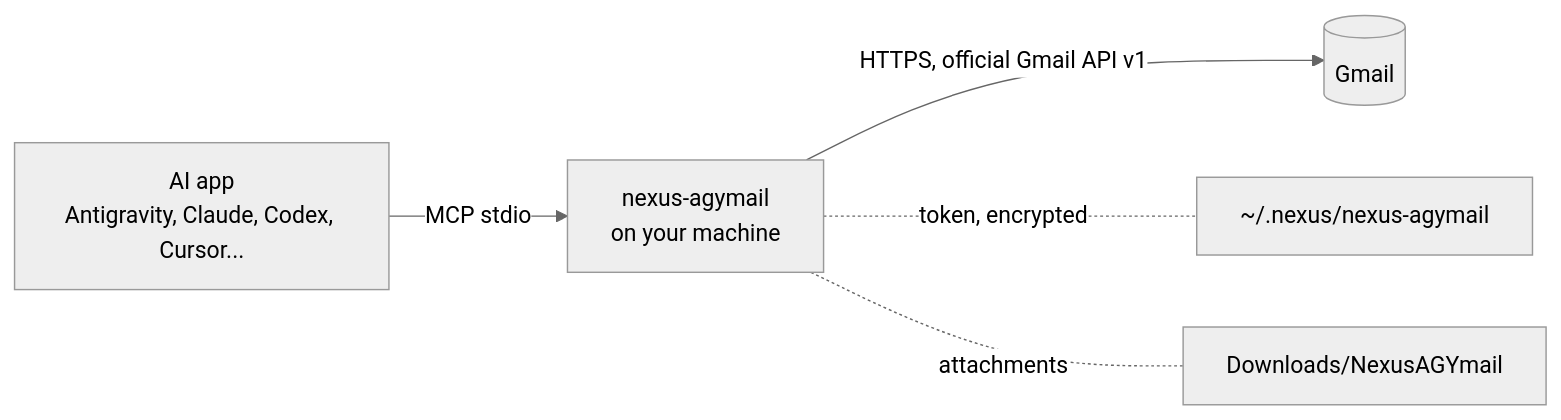
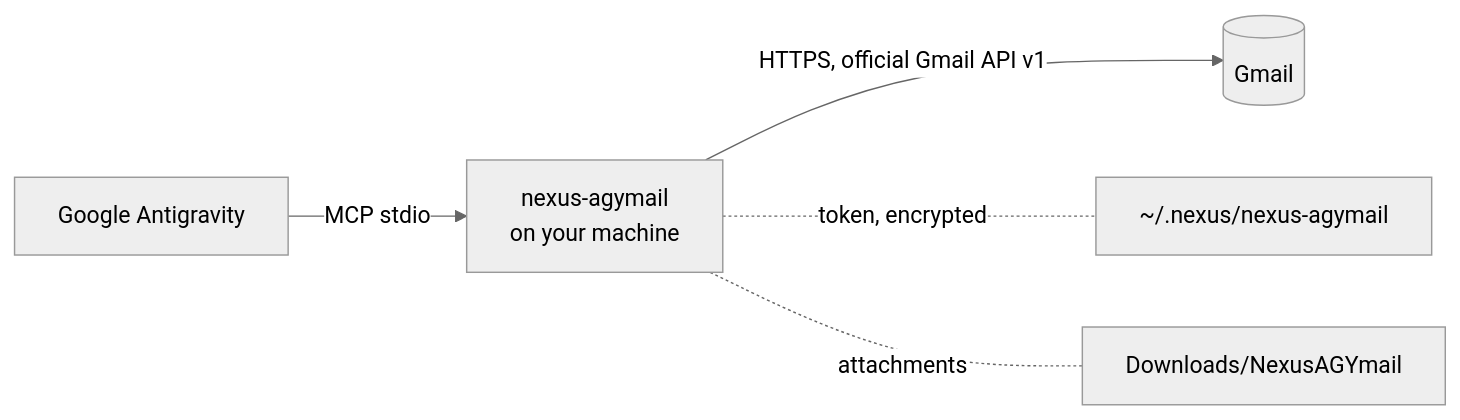
Before and after one commit to pironjulien/NexusAGYmail: the diagram in README.md, drawn with Mermaid (neutral theme). The commit also changed other lines of this file and 9 other files, not shown here.

Commit message:
Update to 0.10.2: presented as Gmail for Google Antigravity

````diff
--- a/README.md
+++ b/README.md
@@ -91,7 +81,7 @@
 ```mermaid
 flowchart LR
-    A[AI app<br/>Antigravity, Claude, Codex, Cursor...] -- MCP stdio --> S[nexus-agymail<br/>on your machine]
+    A[Google Antigravity] -- MCP stdio --> S[nexus-agymail<br/>on your machine]
     S -- HTTPS, official Gmail API v1 --> G[(Gmail)]
     S -. token, encrypted .- T[~/.nexus/nexus-agymail]
     S -. attachments .- D[Downloads/NexusAGYmail]
 ```
````
